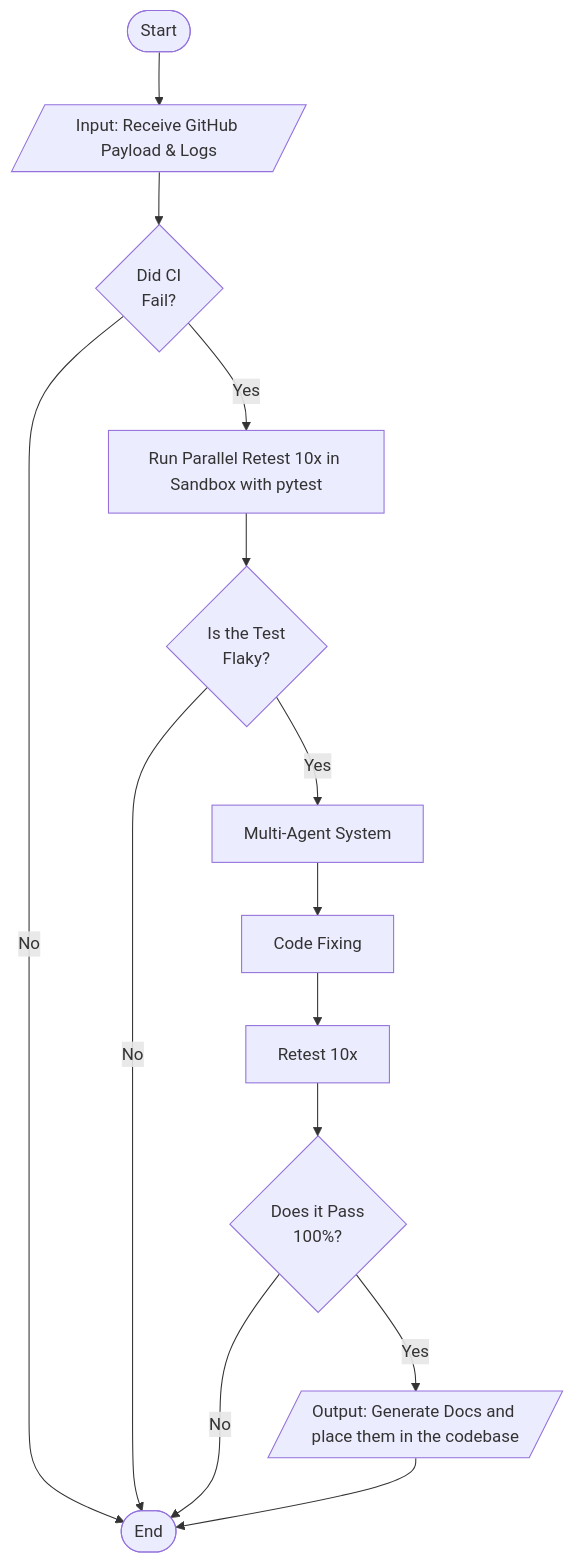
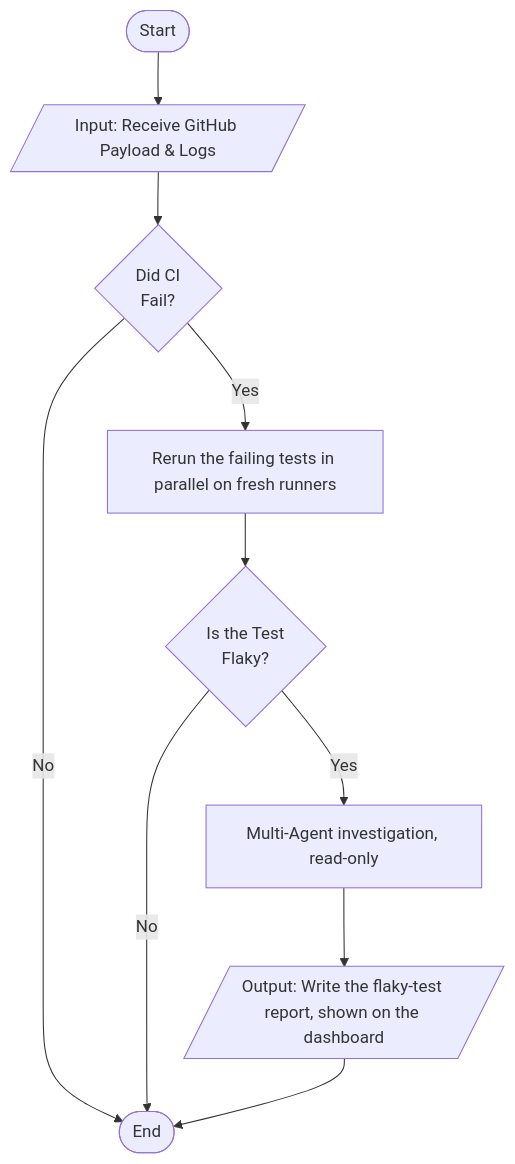
The diagram in README.md (Zhong86/Flaky_Debug_Agent), drawn with Mermaid before and after one commit. The commit also changed other lines of this file and 27 other files, not shown here.

````diff
--- a/README.md
+++ b/README.md
@@ -11,34 +11,26 @@
 ```mermaid
 flowchart TD
     Start([Start])
     End([End])
 
     InputData[/Input: Receive GitHub Payload & Logs/]
-    OutputData[/Output: Generate Docs and place them in the codebase/]
+    OutputData[/Output: Write the flaky-test report, shown on the dashboard/]
 
     CheckFail{Did CI\nFail?}
-    Test100x[Run Parallel Retest 10x in Sandbox with pytest]
+    Rerun[Rerun the failing tests in parallel on fresh runners]
     CheckFlaky{Is the Test\nFlaky?}
-    MultiAgent[Multi-Agent System]
-    CodeFixing[Code Fixing]
-    Retest10x[Retest 10x]
-    CheckPass{Does it Pass\n100%?}
+    MultiAgent[Multi-Agent investigation, read-only]
 
     Start --> InputData
     InputData --> CheckFail
 
     CheckFail -- No --> End
-    CheckFail -- Yes --> Test100x
+    CheckFail -- Yes --> Rerun
 
-    Test100x --> CheckFlaky
+    Rerun --> CheckFlaky
     CheckFlaky -- No --> End
     CheckFlaky -- Yes --> MultiAgent
 
-    MultiAgent --> CodeFixing
-    CodeFixing --> Retest10x
-    Retest10x --> CheckPass
-
-    CheckPass -- No --> End
-    CheckPass -- Yes --> OutputData
+    MultiAgent --> OutputData
     OutputData --> End
 ```
````
